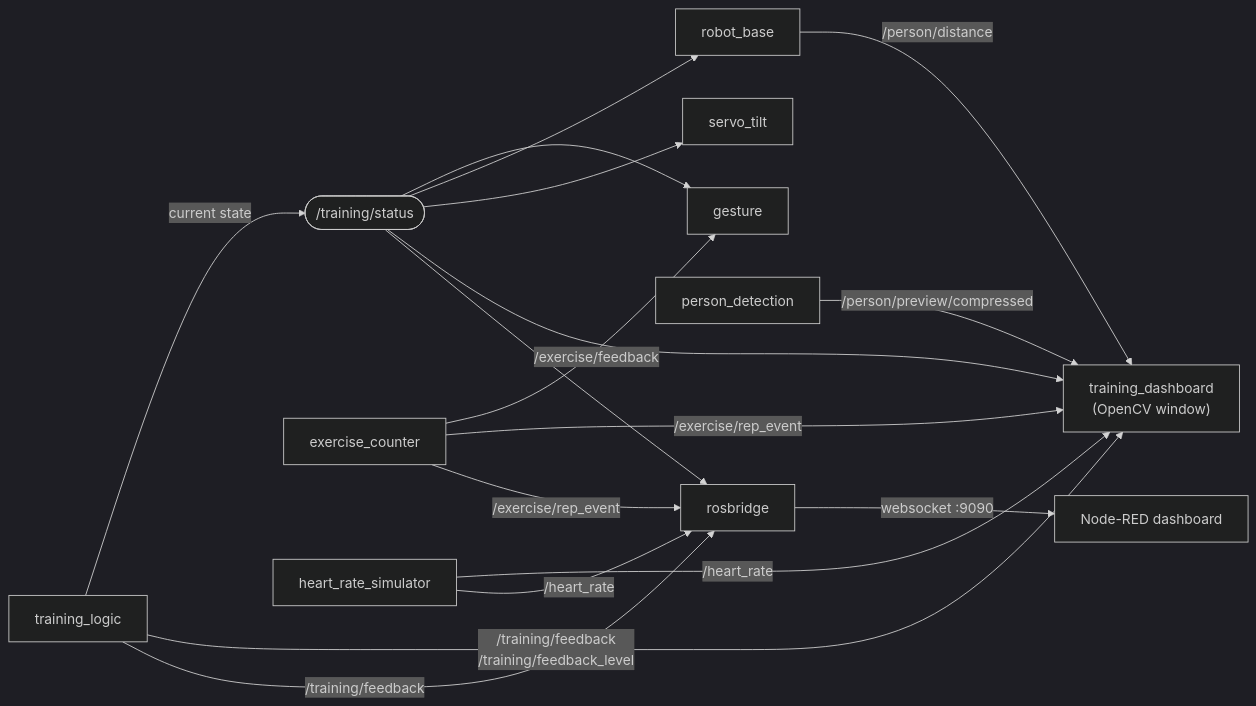
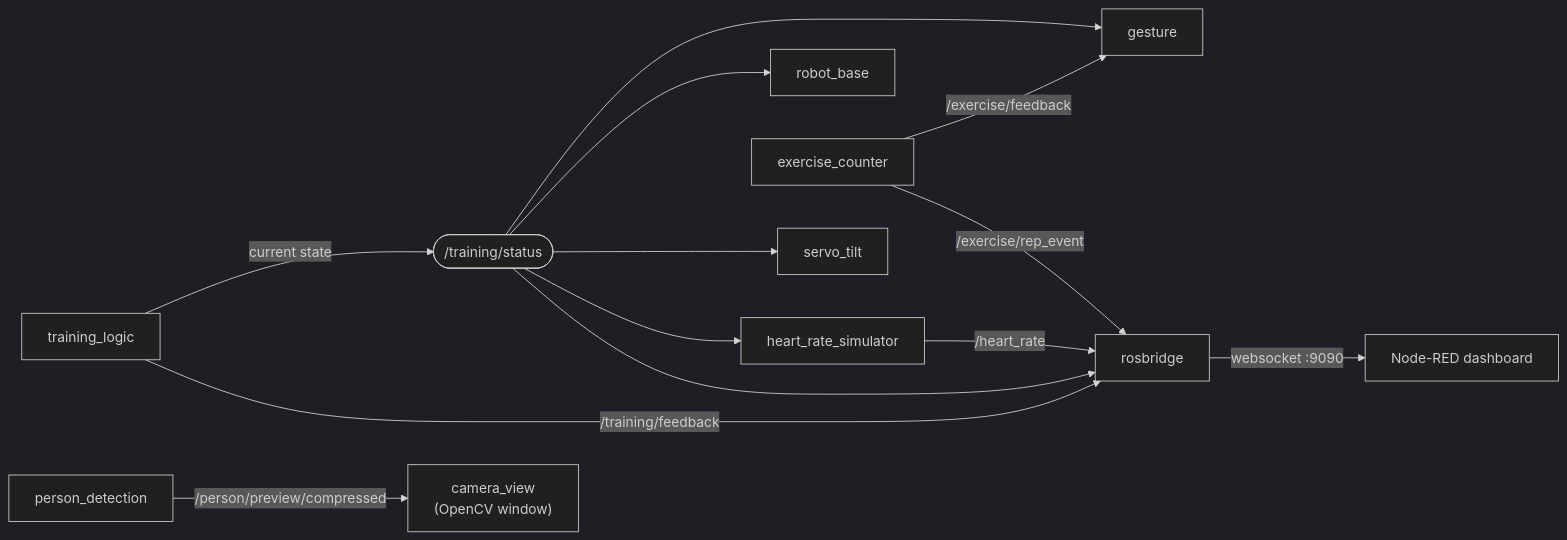
Before and after one commit to nembrinj/protofablab: the second of 2 diagrams in 2026/projects/Group_102/Readme.md, drawn with Mermaid (dark theme). The commit also changed other lines of this file and 9 other files, not shown here.

First line of the commit message:
Group-102: camera view, circular search, heart-rate warnings

````diff
--- a/2026/projects/Group_102/Readme.md
+++ b/2026/projects/Group_102/Readme.md
@@ -124,33 +119,29 @@
 ``` mermaid
 flowchart LR
     LOGIC["training_logic"]
     STATUS(["/training/status"])
     GEST["gesture"]
     BASE["robot_base"]
     TILT["servo_tilt"]
     EX["exercise_counter"]
     PD["person_detection"]
     HR["heart_rate_simulator"]
-    DASH["training_dashboard<br/>(OpenCV window)"]
+    CAMV["camera_view<br/>(OpenCV window)"]
     RB["rosbridge"]
     NR["Node-RED dashboard"]
 
     LOGIC -->|"current state"| STATUS
     STATUS --> GEST
     STATUS --> BASE
     STATUS --> TILT
-    STATUS --> DASH
+    STATUS --> HR
     EX -->|/exercise/feedback| GEST
 
-    PD -->|/person/preview/compressed| DASH
-    BASE -->|/person/distance| DASH
-    EX -->|/exercise/rep_event| DASH
-    HR -->|/heart_rate| DASH
-    LOGIC -->|"/training/feedback<br/>/training/feedback_level"| DASH
+    PD -->|/person/preview/compressed| CAMV
 
     STATUS --> RB
     LOGIC -->|/training/feedback| RB
     EX -->|/exercise/rep_event| RB
     HR -->|/heart_rate| RB
     RB -->|"websocket :9090"| NR
 ```
````
